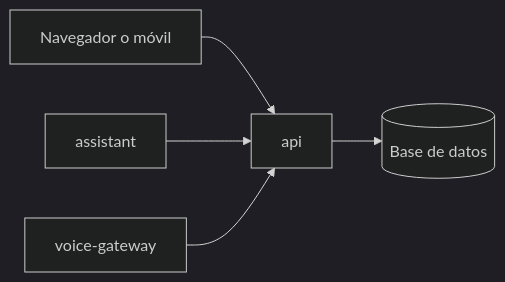
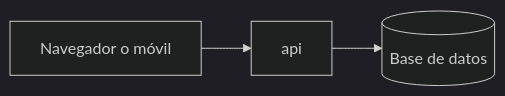
The diagram in docs/guia/arquitectura.md (fvena/domus), drawn with Mermaid (dark theme) before and after one commit. The commit also changed other lines of this file and 11 other files, not shown here.

````diff
--- a/docs/guia/arquitectura.md
+++ b/docs/guia/arquitectura.md
@@ -11,7 +9,5 @@
 ```mermaid
 flowchart LR
     navegador["Navegador o móvil"] --> api
-    assistant --> api
-    voice["voice-gateway"] --> api
     api --> datos[("Base de datos")]
 ```
````
